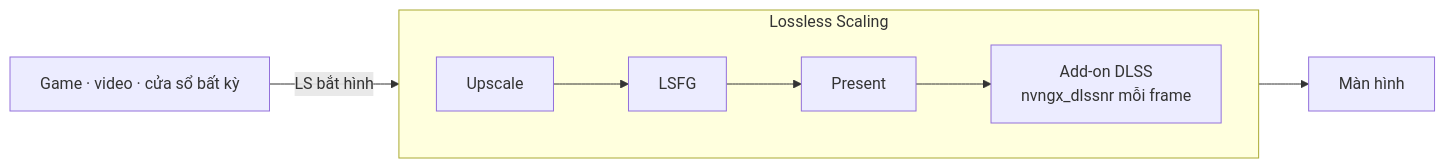
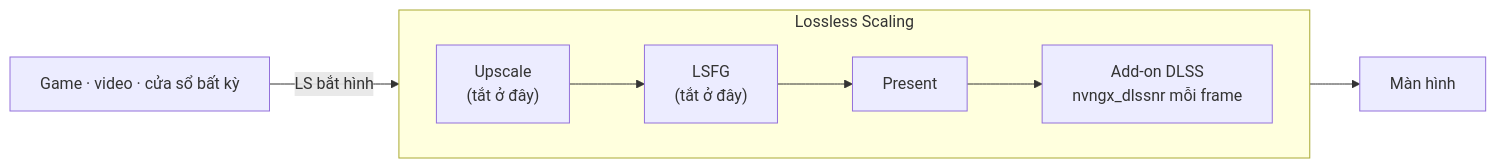
The diagram in README.vi.md (Won-Cafe/dlss5-anywhere), drawn with Mermaid before and after one commit. The commit also changed other lines of this file and 5 other files, not shown here.

````diff
--- a/README.vi.md
+++ b/README.vi.md
@@ -214,10 +208,10 @@
 ```mermaid
 flowchart LR
     SRC["Game · video · cửa sổ bất kỳ"] -->|"LS bắt hình"| UP
     subgraph LS["Lossless Scaling"]
         direction LR
-        UP["Upscale"] --> FG["LSFG"] --> PR["Present"]
+        UP["Upscale<br/>(tắt ở đây)"] --> FG["LSFG<br/>(tắt ở đây)"] --> PR["Present"]
         PR --> NR["Add-on DLSS<br/>nvngx_dlssnr mỗi frame"]
     end
     NR --> OUT["Màn hình"]
 ```
````
